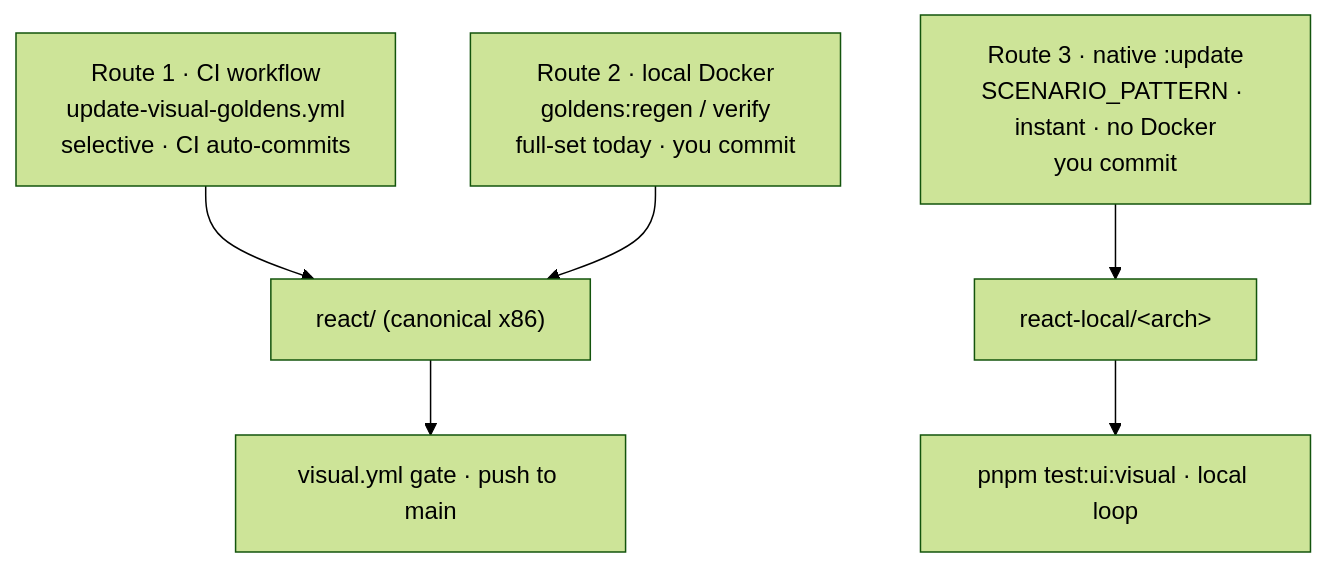
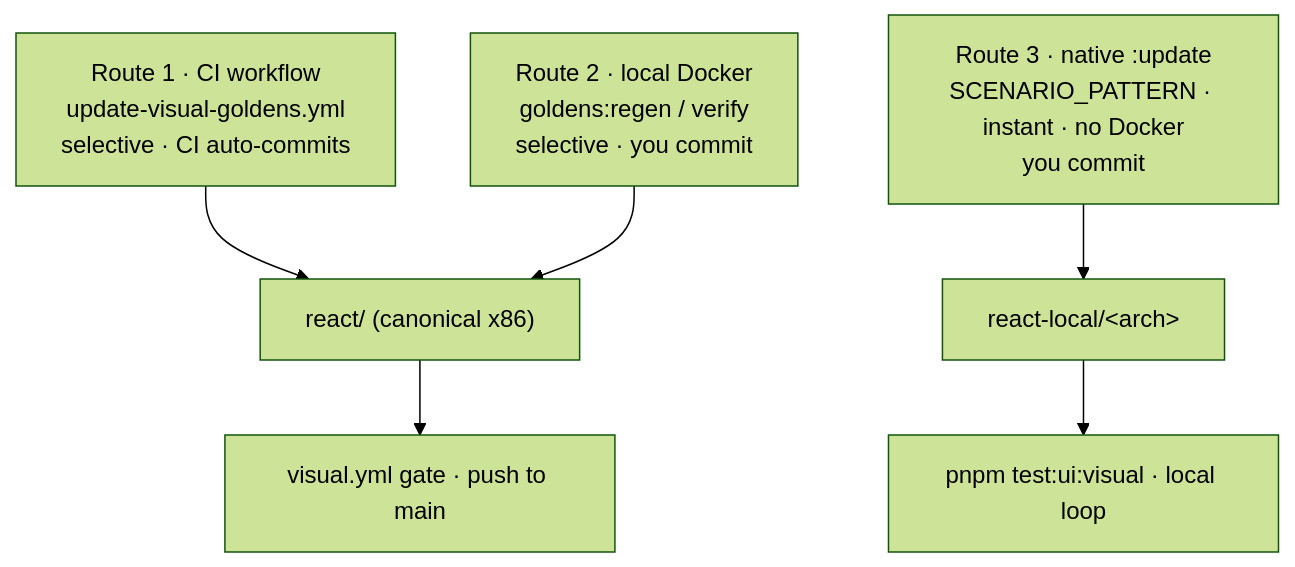
The third of 9 diagrams in packages/client-react/tests/ui/visual/UPDATING-GOLDENS.md (bettersoftware-io/ReactiveTraderCloudClone), drawn with Mermaid (forest theme) before and after one commit. The commit also changed other lines of this file and 3 other files, not shown here.

First line of the commit message:
perf(ci): skip visual.yml on doc-only merges + make Route 2 golden regen selective

````diff
--- a/packages/client-react/tests/ui/visual/UPDATING-GOLDENS.md
+++ b/packages/client-react/tests/ui/visual/UPDATING-GOLDENS.md
@@ -72,13 +72,13 @@
 ```mermaid
 flowchart TB
     R1["Route 1 · CI workflow<br/>update-visual-goldens.yml<br/>selective · CI auto-commits"]
-    R2["Route 2 · local Docker<br/>goldens:regen / verify<br/>full-set today · you commit"]
+    R2["Route 2 · local Docker<br/>goldens:regen / verify<br/>selective · you commit"]
     R3["Route 3 · native :update<br/>SCENARIO_PATTERN · instant · no Docker<br/>you commit"]
     RCI["react/ (canonical x86)"]
     RLOC["react-local/&lt;arch&gt;"]
     R1 --> RCI
     R2 --> RCI
     R3 --> RLOC
     RCI --> GATE["visual.yml gate · push to main"]
     RLOC --> LOOP["pnpm test:ui:visual · local loop"]
 ```
````
